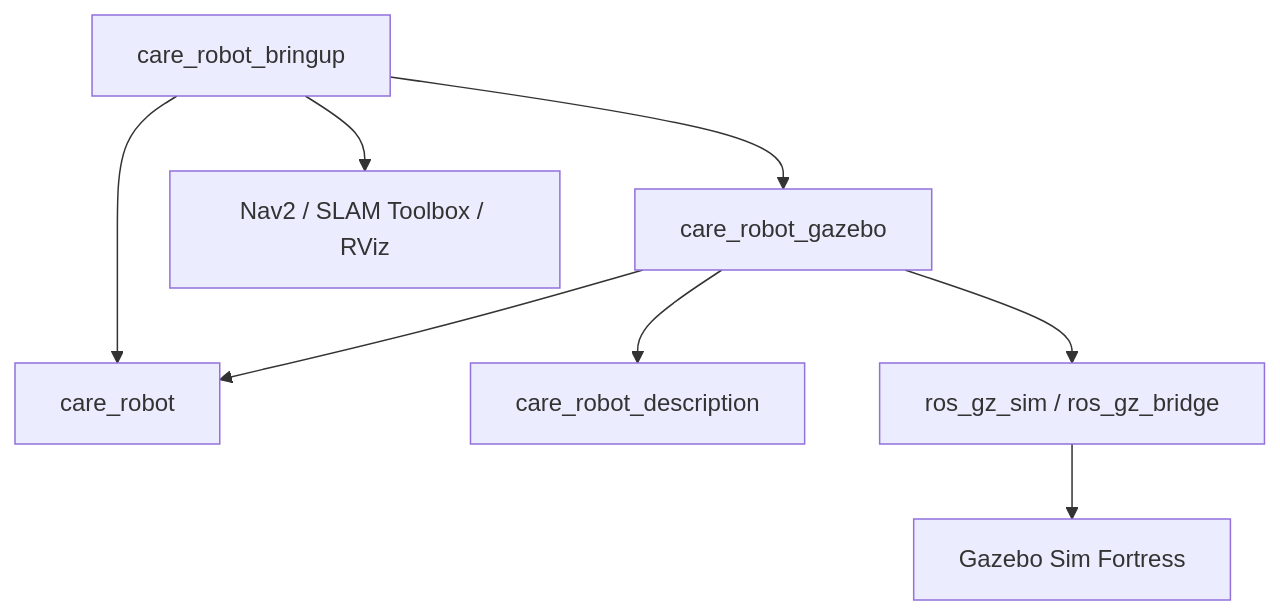
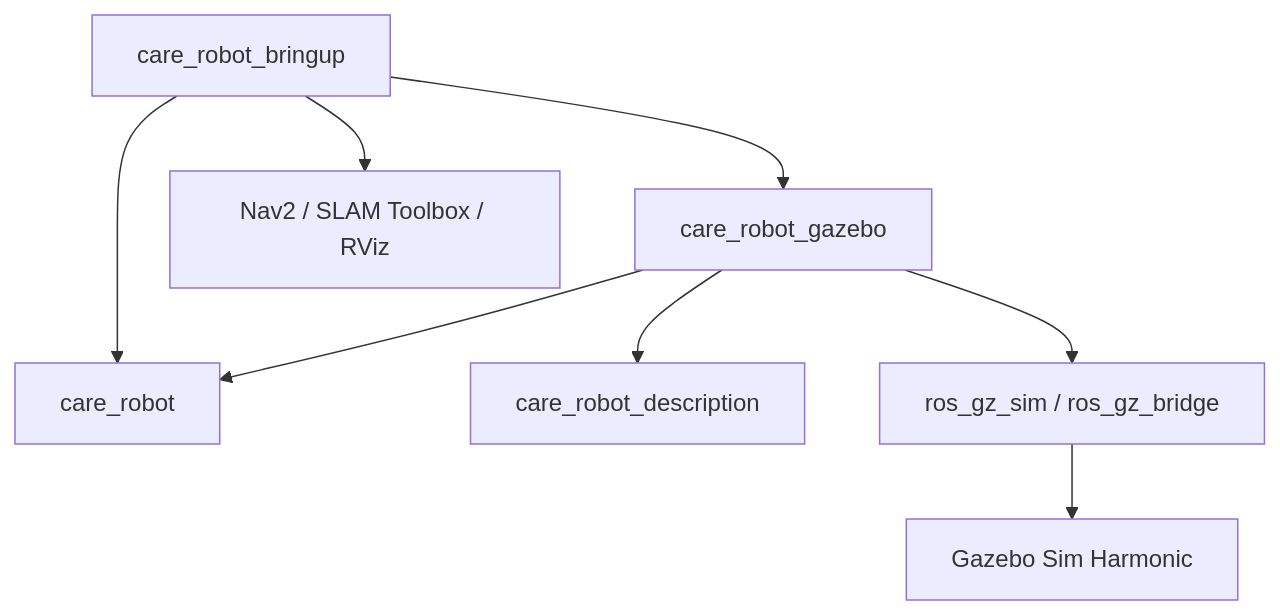
The first of 3 diagrams in docs/architecture.md (guilinmini/ros2-human-following-sim), drawn with Mermaid before and after one commit. The commit also changed other lines of this file and 21 other files, not shown here.

````diff
--- a/docs/architecture.md
+++ b/docs/architecture.md
@@ -5,10 +5,10 @@
 ```mermaid
 flowchart TD
     B[care_robot_bringup] --> N[care_robot]
     B --> G[care_robot_gazebo]
     B --> V[Nav2 / SLAM Toolbox / RViz]
     G --> D[care_robot_description]
     G --> N
     G --> R[ros_gz_sim / ros_gz_bridge]
-    R --> Z[Gazebo Sim Fortress]
+    R --> Z[Gazebo Sim Harmonic]
 ```
````
